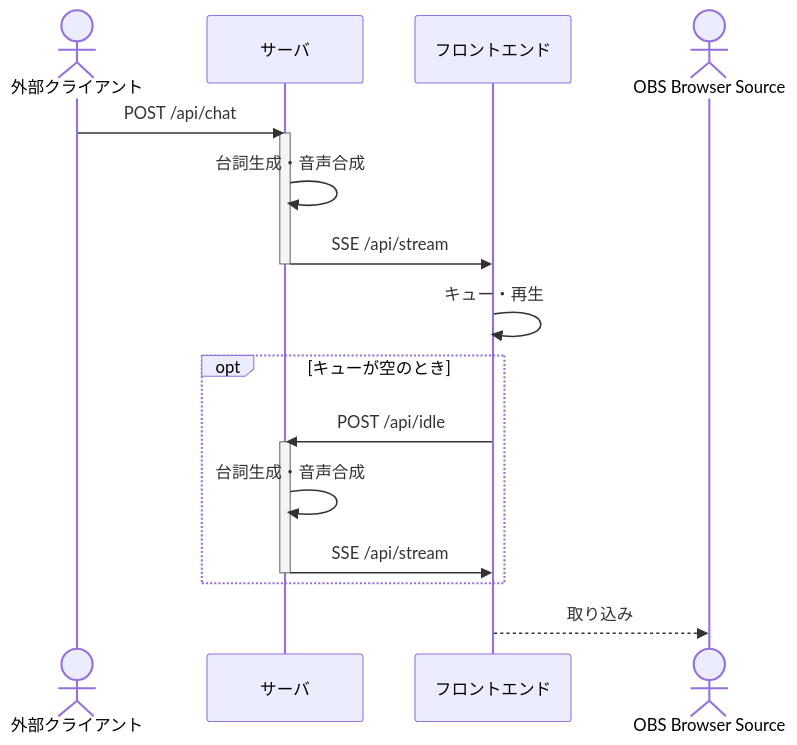
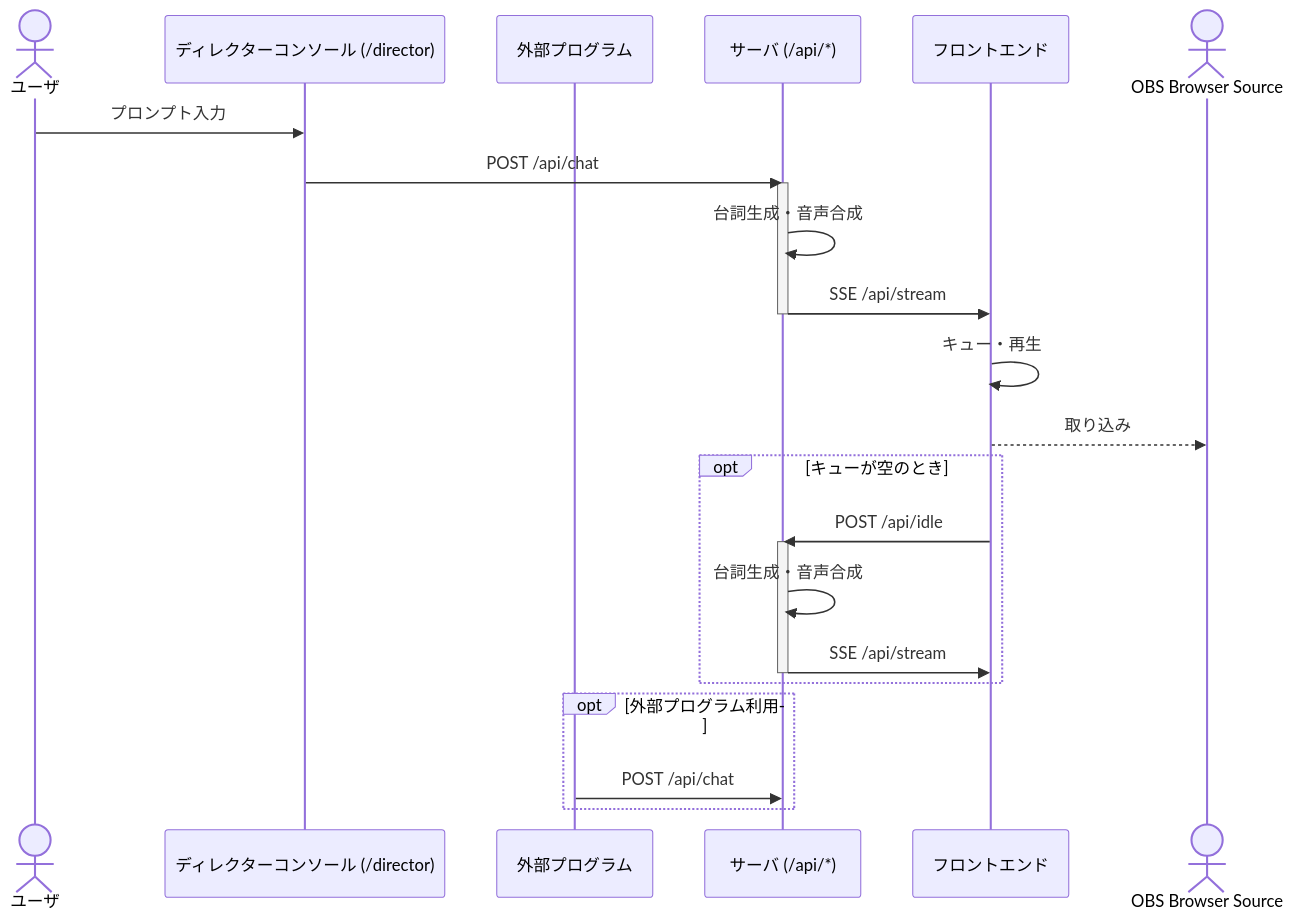
Before and after one commit to motemen/ai-streamer: the diagram in README.md, drawn with Mermaid.

````diff
--- a/README.md
+++ b/README.md
@@ -26,24 +26,31 @@
 ```mermaid
 sequenceDiagram
-  actor Client as 外部クライアント
-  participant Server as サーバ
+  actor User as ユーザ
+  participant Director as ディレクターコンソール (/director)
+  participant ExternalDirector as 外部プログラム
+  participant Server as サーバ (/api/*)
   participant Frontend as フロントエンド
   actor OBS as OBS Browser Source
 
-  Client->>Server: POST /api/chat
+  User->>Director: プロンプト入力
+  Director->>Server: POST /api/chat
+
   activate Server
   Server->>Server: 台詞生成・音声合成
   Server->>Frontend: SSE /api/stream
   deactivate Server
   Frontend->>Frontend: キュー・再生
+  Frontend-->>OBS: 取り込み
 
   opt キューが空のとき 
     Frontend->>Server: POST /api/idle
     activate Server
     Server->>Server: 台詞生成・音声合成
     Server->>Frontend: SSE /api/stream
     deactivate Server
   end
 
-  Frontend-->>OBS: 取り込み
+  opt 外部プログラム利用
+    ExternalDirector->>Server: POST /api/chat
+  end
 ```
````
